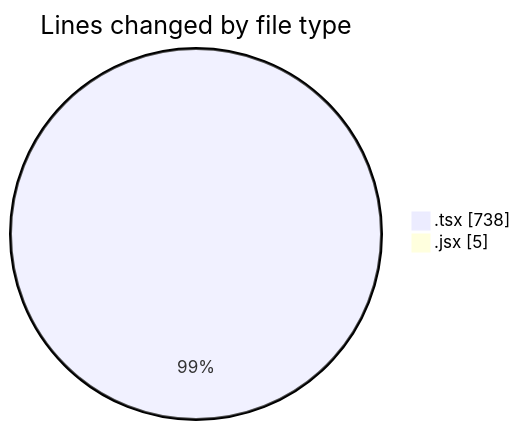
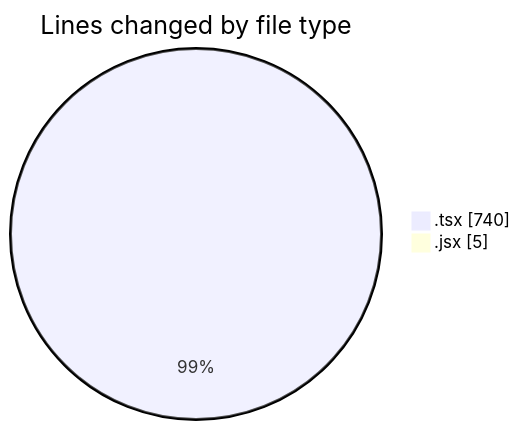
One commit to Ritupan-Deka/code-tracking changed the first of 2 diagrams in 2025-10-13/scopecraft/README.md. Above: the diagram before and after it, drawn with Mermaid. The commit also changed other lines of this file and 1 other file, not shown here.

````diff
--- a/2025-10-13/scopecraft/README.md
+++ b/2025-10-13/scopecraft/README.md
@@ -28,6 +28,6 @@
 ```mermaid
 pie showData
 title Lines changed by file type
-".tsx" : 738
+".tsx" : 740
 ".jsx" : 5
 ```
````
